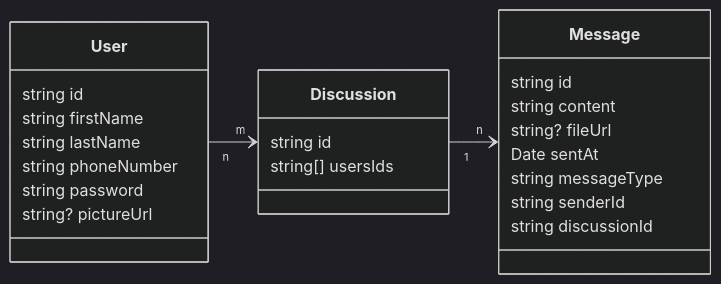
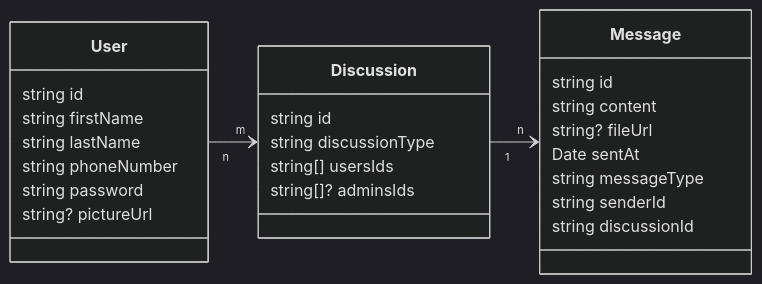
Before and after one commit to thiomajid/Chat-NE: the diagram in class_diagram.md, drawn with Mermaid (dark theme). The commit also changed 8 other files, not shown here.

````diff
--- a/class_diagram.md
+++ b/class_diagram.md
@@ -1,32 +1,34 @@
 ```mermaid
 classDiagram
 direction LR 
 
     class Message {
 		string id
         string content
         string? fileUrl
         Date sentAt
 		string messageType
         string senderId
         string discussionId
     }
 
     class Discussion {
 		string id
+		string discussionType
 		string[] usersIds
+		string[]? adminsIds
     }
 
     class User {
 		string id
 		string firstName
 		string lastName
 		string phoneNumber
 		string password
 		string? pictureUrl
     }
 
 	User "n"  --> "m" Discussion
 	Discussion "1"  --> "n" Message
 
 ```
````
